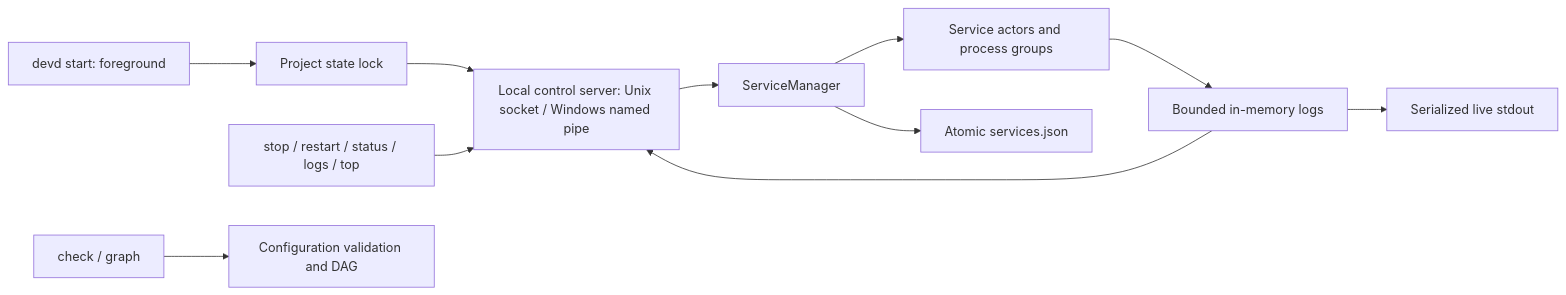
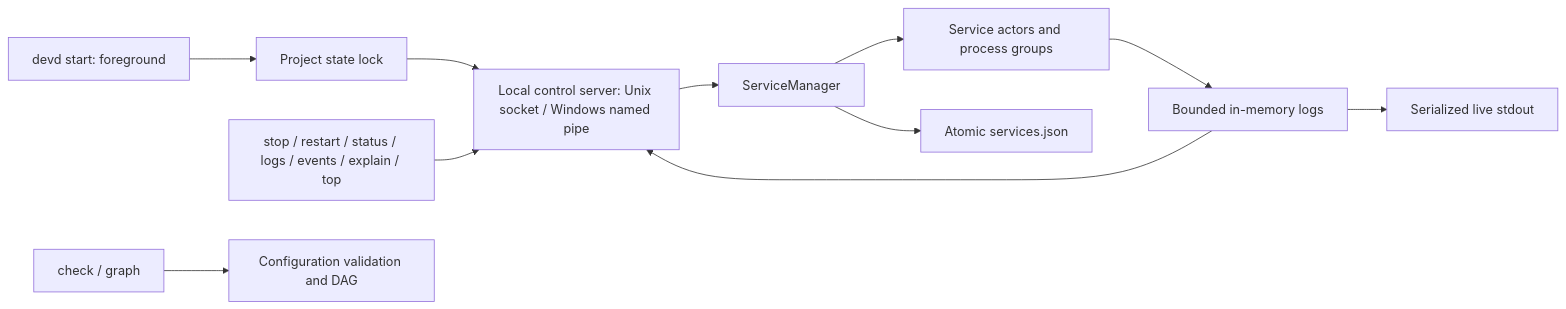
Before and after one commit to Ceng-0324/Devd: the first of 2 diagrams in ARCHITECTURE.md, drawn with Mermaid. The commit also changed other lines of this file and 10 other files, not shown here.

````diff
--- a/ARCHITECTURE.md
+++ b/ARCHITECTURE.md
@@ -11,13 +11,13 @@
 ```mermaid
 flowchart LR
     start[devd start: foreground] --> lock[Project state lock]
     lock --> server[Local control server: Unix socket / Windows named pipe]
     server --> manager[ServiceManager]
-    clients[stop / restart / status / logs / top] --> server
+    clients[stop / restart / status / logs / events / explain / top] --> server
     manager --> actors[Service actors and process groups]
     actors --> logs[Bounded in-memory logs]
     logs --> terminal[Serialized live stdout]
     logs --> server
     manager --> state[Atomic services.json]
     check[check / graph] --> config[Configuration validation and DAG]
 ```
````
